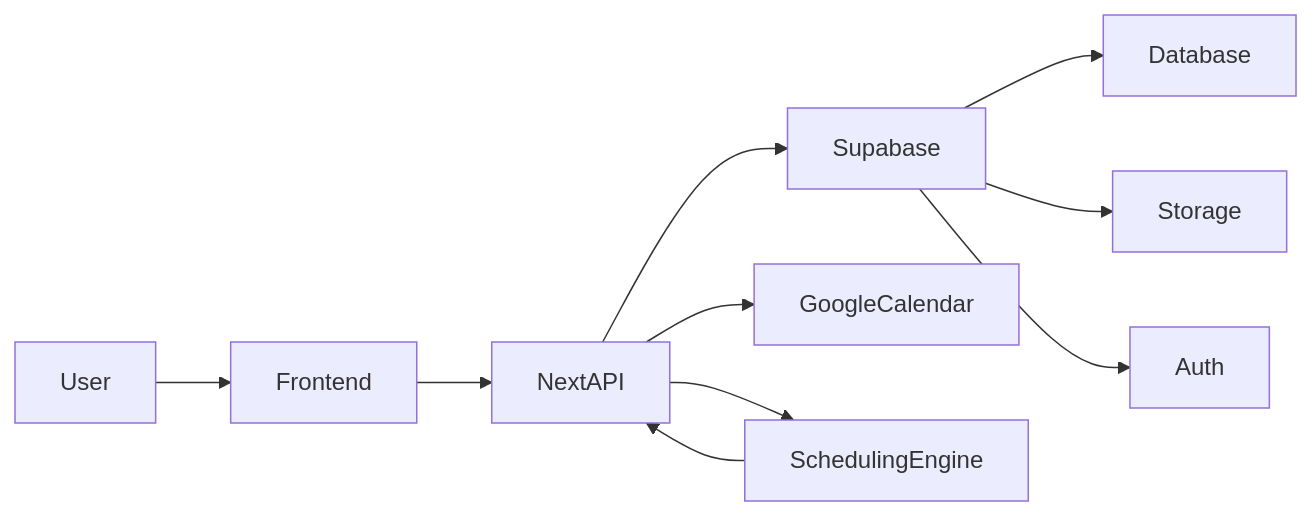
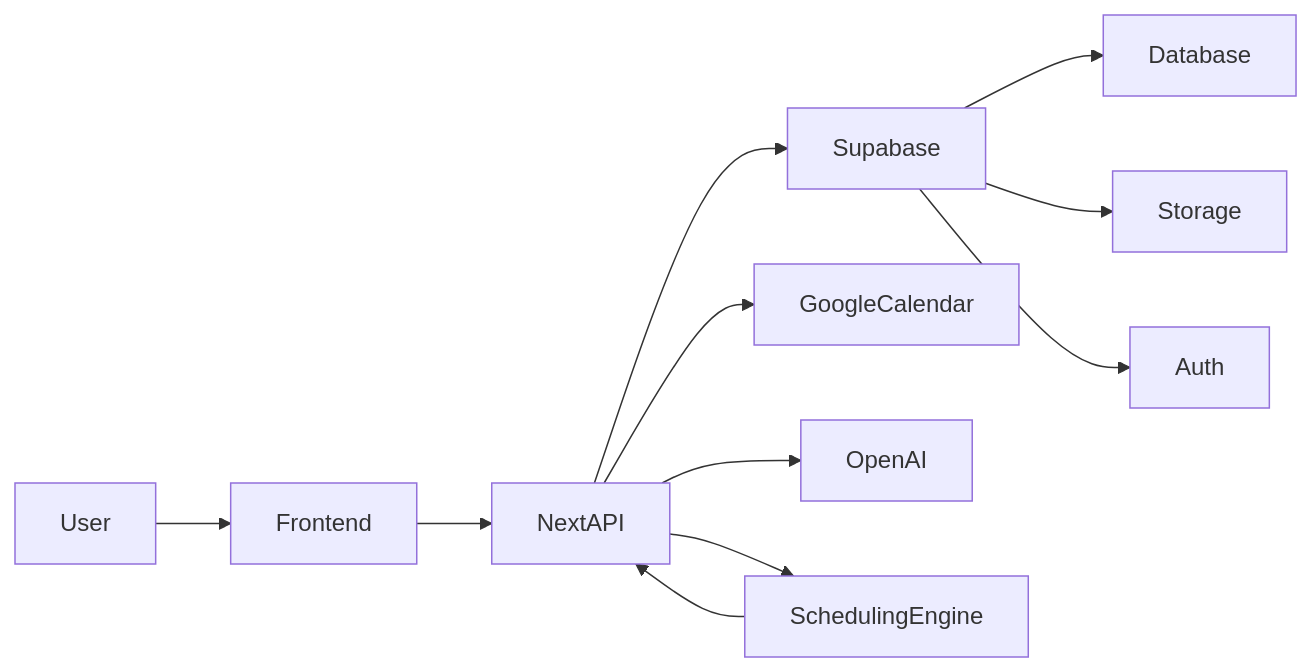
One commit to PWK-Innovations/stride changed the diagram in aiDocs/architecture.md. Above: the diagram before and after it, drawn with Mermaid. The commit also changed other lines of this file and 6 other files, not shown here.

````diff
--- a/aiDocs/architecture.md
+++ b/aiDocs/architecture.md
@@ -18,12 +19,13 @@
 ```mermaid
 flowchart LR
   User --> Frontend
   Frontend --> NextAPI
   NextAPI --> Supabase
   Supabase --> Database
   Supabase --> Storage
   Supabase --> Auth
   NextAPI --> GoogleCalendar
+  NextAPI --> OpenAI
   NextAPI --> SchedulingEngine
   SchedulingEngine --> NextAPI
 ```
````
